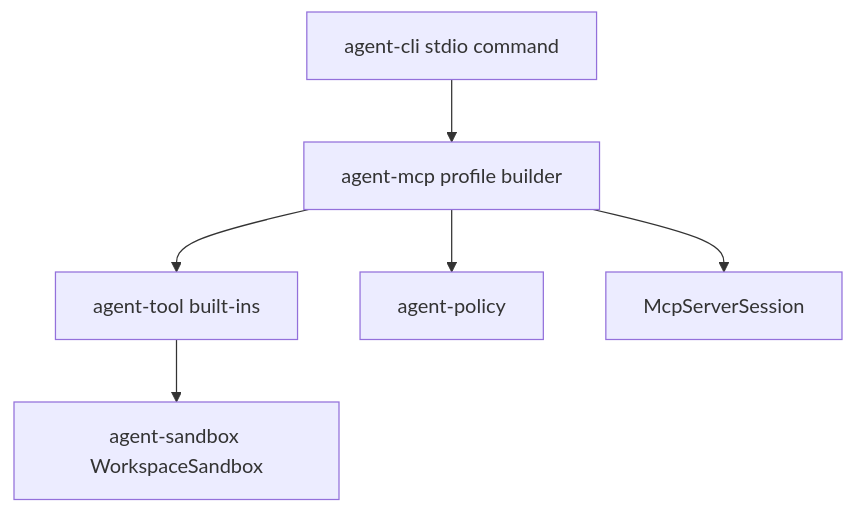
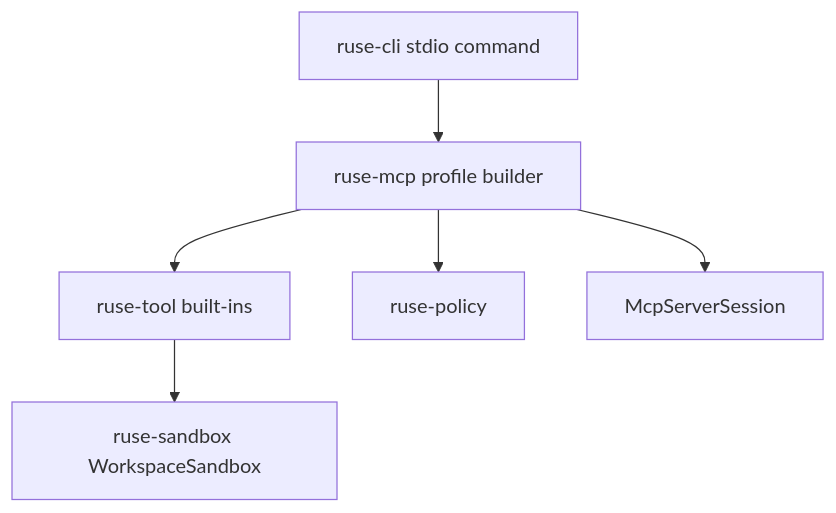
The diagram in docs/specs/M33-mcp-builtin-tool-export-runtime.spec.md (poneding/agent), drawn with Mermaid before and after one commit. The commit also changed other lines of this file and 2091 other files, not shown here.

First line of the commit message:
refactor: rename agent branding to ruse

````diff
--- a/docs/specs/M33-mcp-builtin-tool-export-runtime.spec.md
+++ b/docs/specs/M33-mcp-builtin-tool-export-runtime.spec.md
@@ -32,8 +32,8 @@
 ```mermaid
 flowchart TD
-  CLI["agent-cli stdio command"] --> MCP["agent-mcp profile builder"]
-  MCP --> Tools["agent-tool built-ins"]
-  Tools --> Sandbox["agent-sandbox WorkspaceSandbox"]
-  MCP --> Policy["agent-policy"]
+  CLI["ruse-cli stdio command"] --> MCP["ruse-mcp profile builder"]
+  MCP --> Tools["ruse-tool built-ins"]
+  Tools --> Sandbox["ruse-sandbox WorkspaceSandbox"]
+  MCP --> Policy["ruse-policy"]
   MCP --> Session["McpServerSession"]
 ```
````
